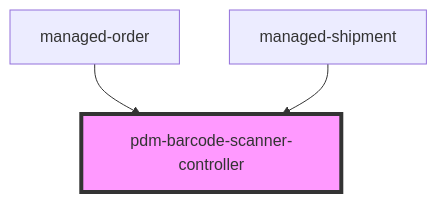
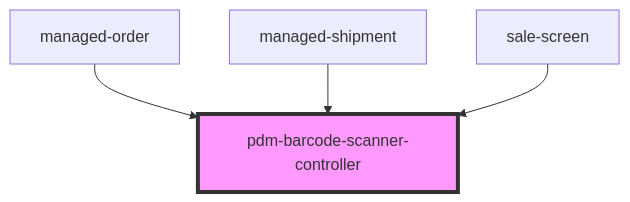
The diagram in pdm-web-components/src/components/pdm-barcode-scanner-controller/readme.md (PharmaLedger-IMI/fgt-workspace), drawn with Mermaid before and after one commit. The commit also changed other lines of this file and 41 other files, not shown here.

````diff
--- a/pdm-web-components/src/components/pdm-barcode-scanner-controller/readme.md
+++ b/pdm-web-components/src/components/pdm-barcode-scanner-controller/readme.md
@@ -67,6 +68,7 @@
 ```mermaid
 graph TD;
   managed-order --> pdm-barcode-scanner-controller
   managed-shipment --> pdm-barcode-scanner-controller
+  sale-screen --> pdm-barcode-scanner-controller
   style pdm-barcode-scanner-controller fill:#f9f,stroke:#333,stroke-width:4px
 ```
````
